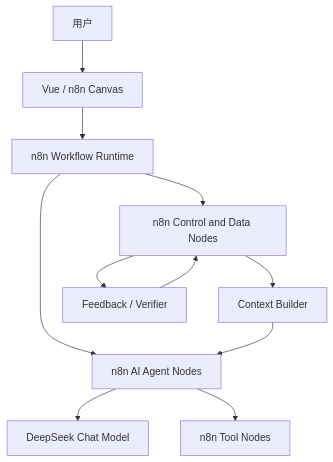
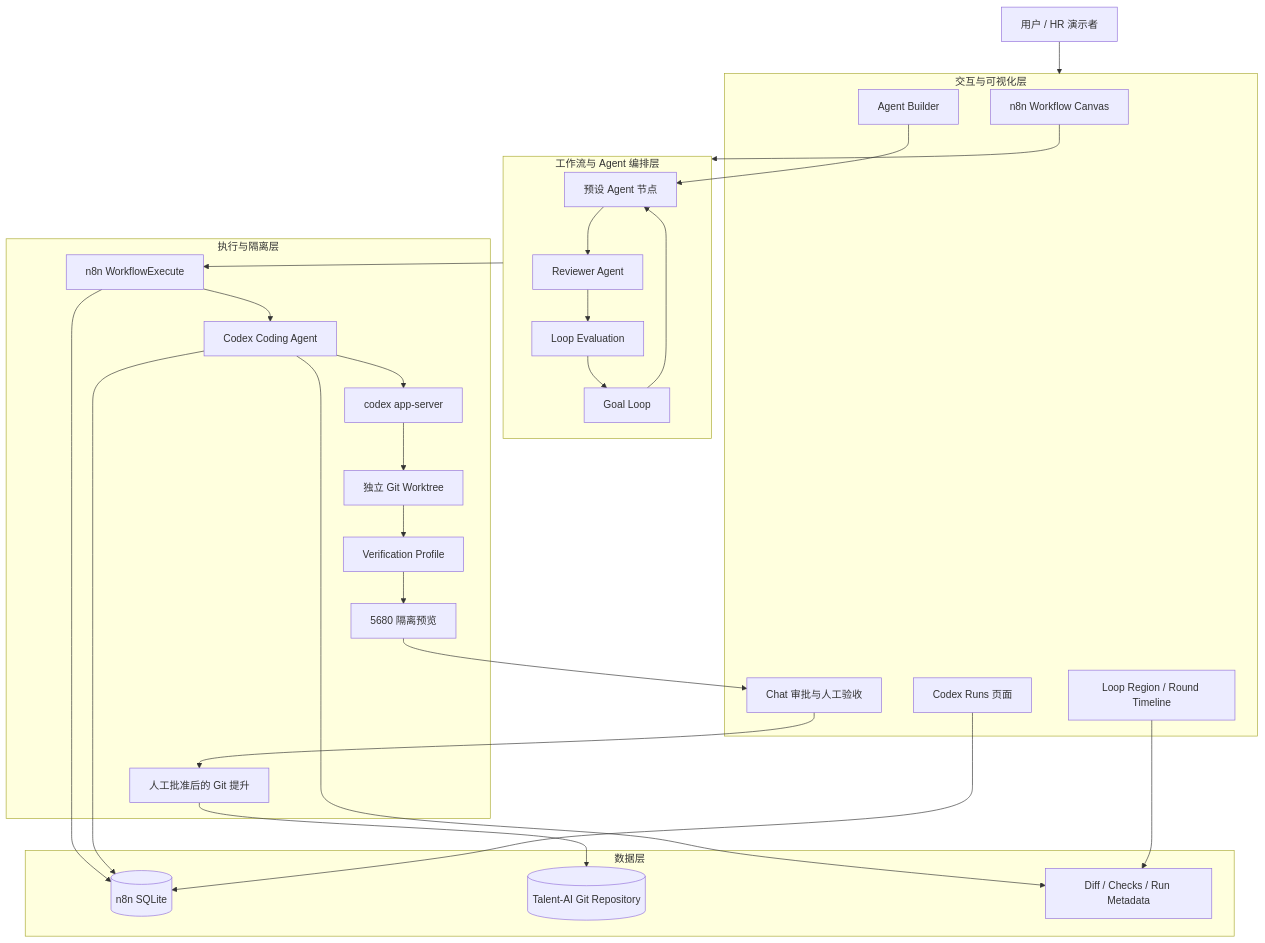
Before and after one commit to Xushuo174/Talent-AI: the first of 4 diagrams in 设计文档.md, drawn with Mermaid. The commit also changed other lines of this file and 1 other file, not shown here.

````diff
--- a/设计文档.md
+++ b/设计文档.md
@@ -127,13 +70,57 @@
 ```mermaid
 flowchart TB
-    U[用户] --> V[Vue / n8n Canvas]
-    V --> N[n8n Workflow Runtime]
-    N --> A[n8n AI Agent Nodes]
-    A --> M[DeepSeek Chat Model]
-    A --> T[n8n Tool Nodes]
-    N --> C[n8n Control and Data Nodes]
-    C --> B[Context Builder]
-    C --> F[Feedback / Verifier]
-    B --> A
-    F --> C
+    U[用户 / HR 演示者]
+
+    subgraph UI[交互与可视化层]
+        Canvas[n8n Workflow Canvas]
+        AgentBuilder[Agent Builder]
+        Timeline[Loop Region / Round Timeline]
+        Runs[Codex Runs 页面]
+        Chat[Chat 审批与人工验收]
+    end
+
+    subgraph Orchestration[工作流与 Agent 编排层]
+        Agents[预设 Agent 节点]
+        Goal[Goal Loop]
+        Eval[Loop Evaluation]
+        Reviewer[Reviewer Agent]
+    end
+
+    subgraph Runtime[执行与隔离层]
+        N8nRuntime[n8n WorkflowExecute]
+        CodexNode[Codex Coding Agent]
+        AppServer[codex app-server]
+        Worktree[独立 Git Worktree]
+        Verify[Verification Profile]
+        Preview[5680 隔离预览]
+        Promote[人工批准后的 Git 提升]
+    end
+
+    subgraph Storage[数据层]
+        DB[(n8n SQLite)]
+        Git[(Talent-AI Git Repository)]
+        Artifacts[Diff / Checks / Run Metadata]
+    end
+
+    U --> UI
+    Canvas --> Orchestration
+    AgentBuilder --> Agents
+    Goal --> Agents
+    Agents --> Reviewer
+    Reviewer --> Eval
+    Eval --> Goal
+    Orchestration --> N8nRuntime
+    N8nRuntime --> CodexNode
+    CodexNode --> AppServer
+    AppServer --> Worktree
+    Worktree --> Verify
+    Verify --> Preview
+    Preview --> Chat
+    Chat --> Promote
+    Promote --> Git
+    N8nRuntime --> DB
+    CodexNode --> DB
+    CodexNode --> Artifacts
+    Runs --> DB
+    Timeline --> Artifacts
 ```
````
